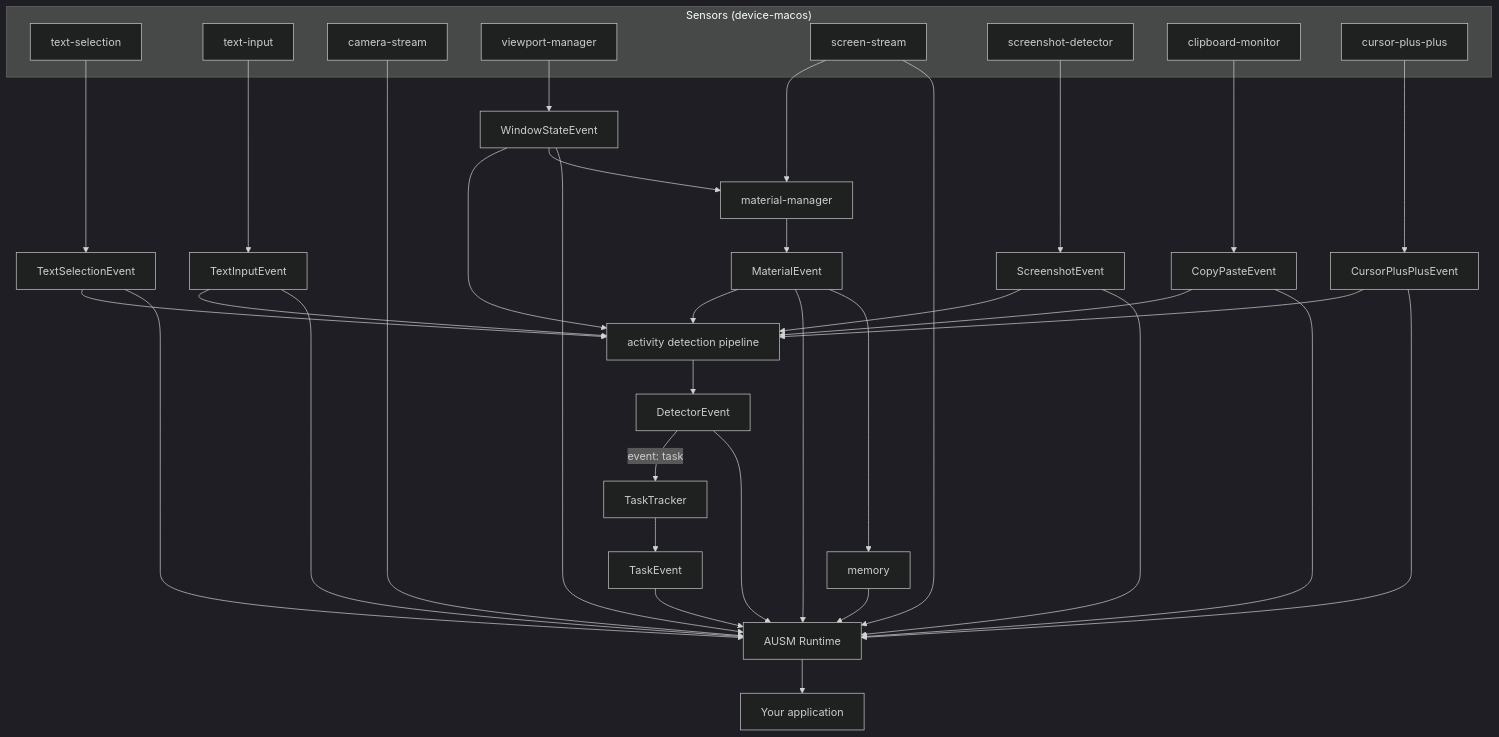
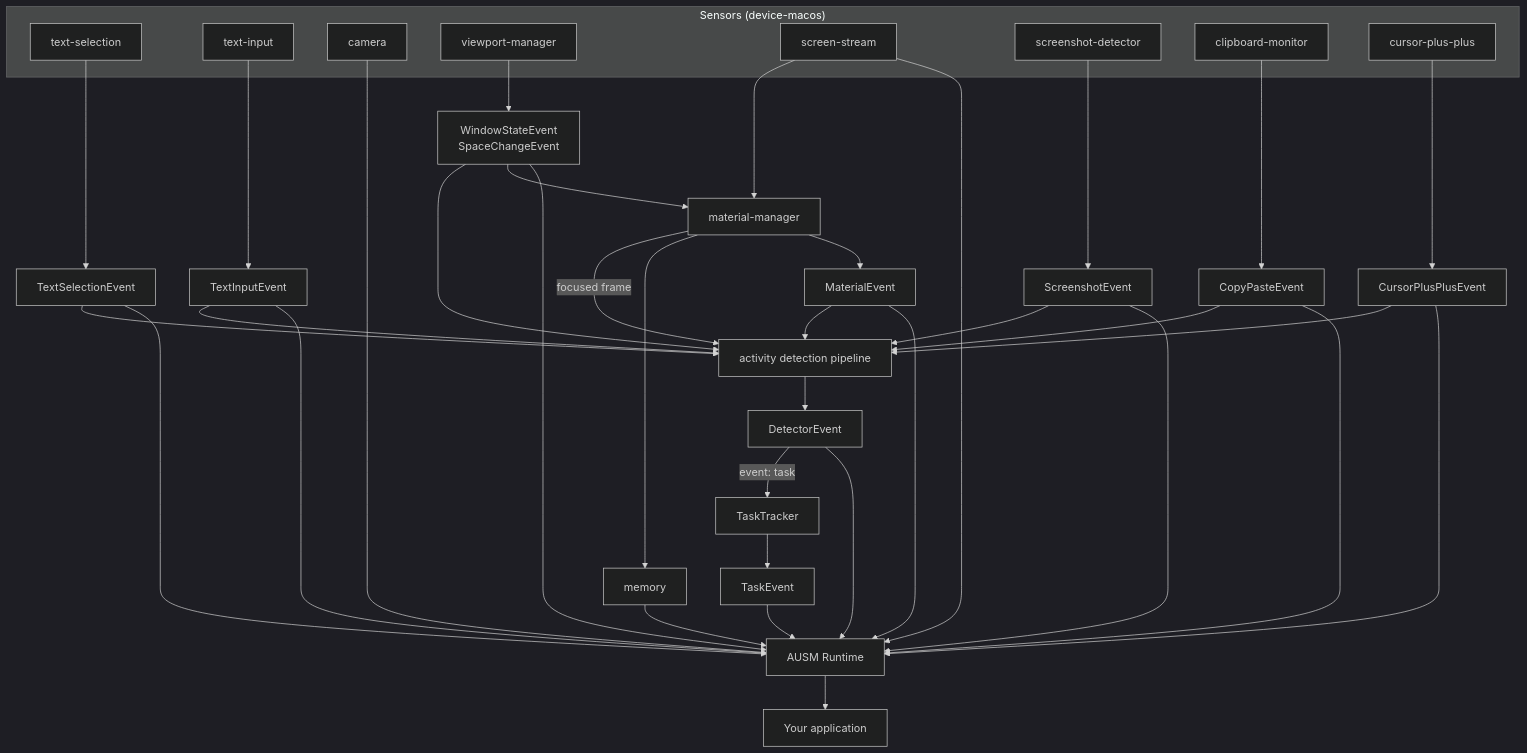
One commit to foundation-interface/ausm changed the first of 2 diagrams in README.md. Above: the diagram before and after it, drawn with Mermaid (dark theme). The commit also changed other lines of this file and 1 other file, not shown here.

Commit message:
readme: diagram matches the runtime; task tables aren't written yet
- the pipeline also gets the focused material's frame
- memory is written by the material-manager
- camera package name; viewport also emits SpaceChangeEvent
- README and docs page no longer say tasks are stored

````diff
--- a/README.md
+++ b/README.md
@@ -9,49 +9,50 @@
 ```mermaid
 flowchart TD
     subgraph sensors["Sensors (device-macos)"]
         
         sel["text-selection"]
         inp["text-input"]
-        car["camera-stream"]
+        car["camera"]
         vp["viewport-manager"]
         scr["screen-stream"]
         shot["screenshot-detector"]
         clip["clipboard-monitor"]
         cur["cursor-plus-plus"]
     end
 
-    vp --> wse["WindowStateEvent"]
+    vp --> wse["WindowStateEvent<br/>SpaceChangeEvent"]
     sel --> tse["TextSelectionEvent"]
     inp --> tie["TextInputEvent"]
     shot --> sce["ScreenshotEvent"]
     clip --> cpe["CopyPasteEvent"]
     cur --> cue["CursorPlusPlusEvent"]
 
     wse --> rt["AUSM Runtime"]
     tse --> rt
     tie --> rt
     car --> rt
     scr --> rt
     sce --> rt
     cpe --> rt
     cue --> rt
 
 
 
     wse --> mm["material-manager"]
     scr --> mm
     mm --> me["MaterialEvent"]
-    me --> memory
+    mm --> memory
     me --> rt
     memory --> rt
 
     wse & tse & tie & sce & cpe & cue & me --> pipeline["activity detection pipeline"]
+    mm -- "focused frame" --> pipeline
     pipeline --> de["DetectorEvent"]
     de --> rt
     de -- "event: task" --> tt["TaskTracker"] --> te["TaskEvent"]
     te --> rt
 
 
 
     rt --> host["Your application"]
 ```
````
